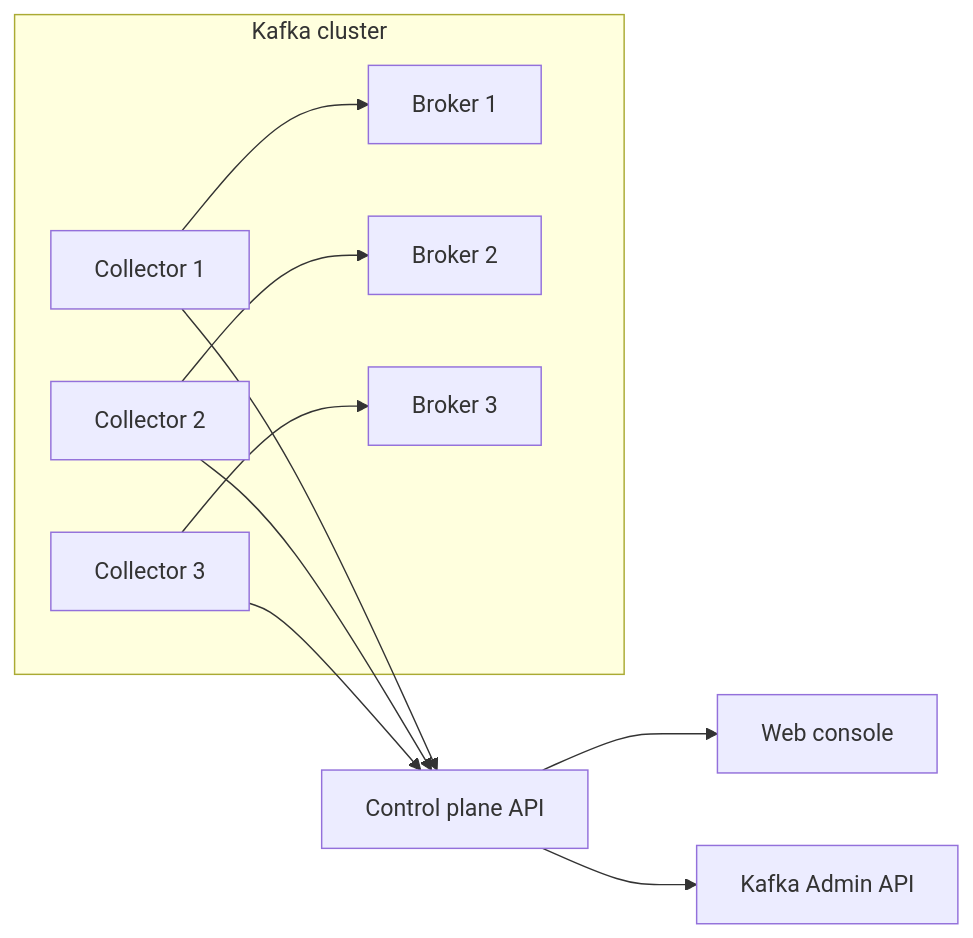
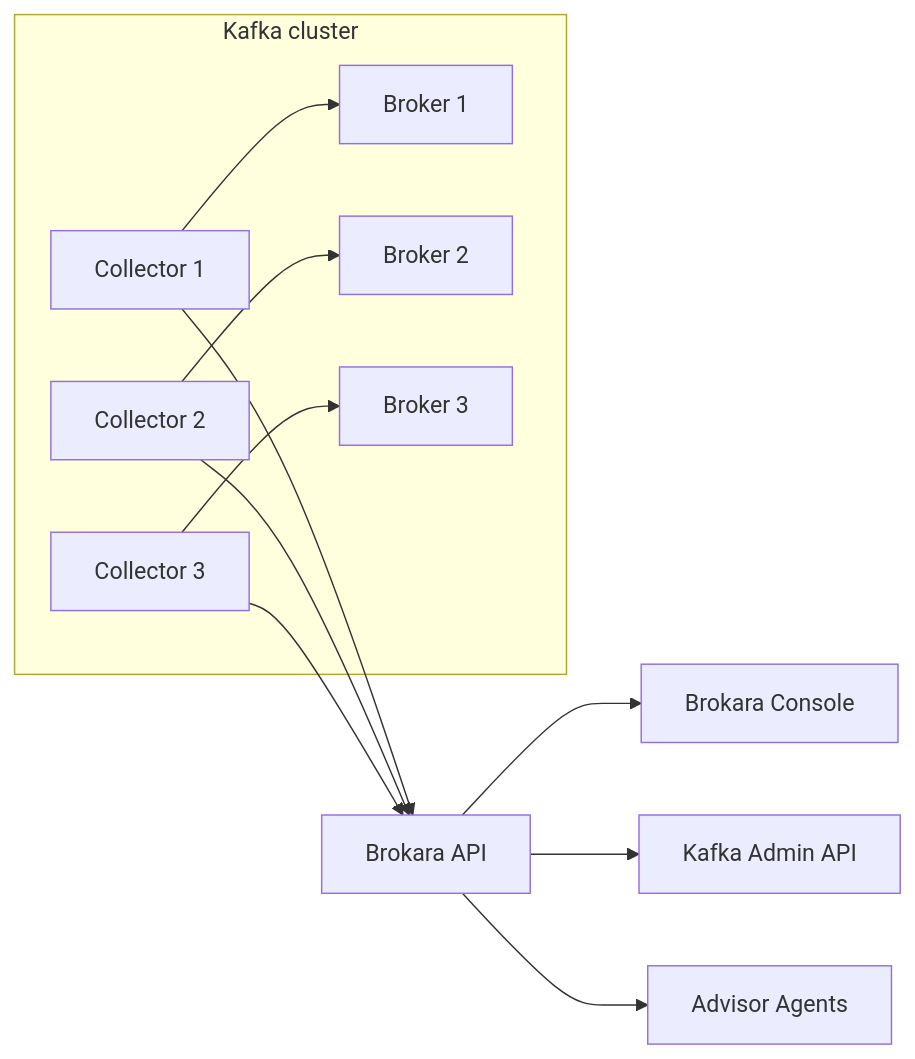
Before and after one commit to ErnandesFranco/eventhelm: the diagram in docs/architecture.md, drawn with Mermaid. The commit also changed other lines of this file and 25 other files, not shown here.

Commit message:
Rename to Brokara and add advisor agents

````diff
--- a/docs/architecture.md
+++ b/docs/architecture.md
@@ -43,20 +67,21 @@
 ```mermaid
 flowchart LR
   subgraph "Kafka cluster"
     B1["Broker 1"]
     B2["Broker 2"]
     B3["Broker 3"]
     C1["Collector 1"]
     C2["Collector 2"]
     C3["Collector 3"]
     C1 --> B1
     C2 --> B2
     C3 --> B3
   end
 
-  C1 --> API["Control plane API"]
+  C1 --> API["Brokara API"]
   C2 --> API
   C3 --> API
-  API --> UI["Web console"]
+  API --> UI["Brokara Console"]
   API --> KAFKA["Kafka Admin API"]
+  API --> AGENTS["Advisor Agents"]
 ```
````
